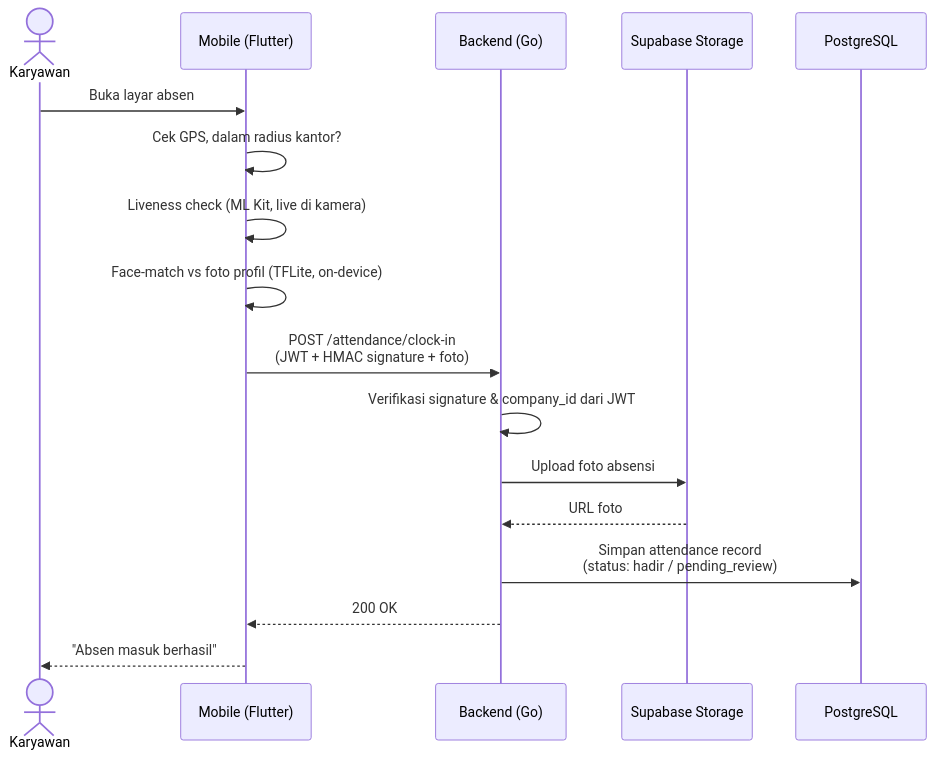
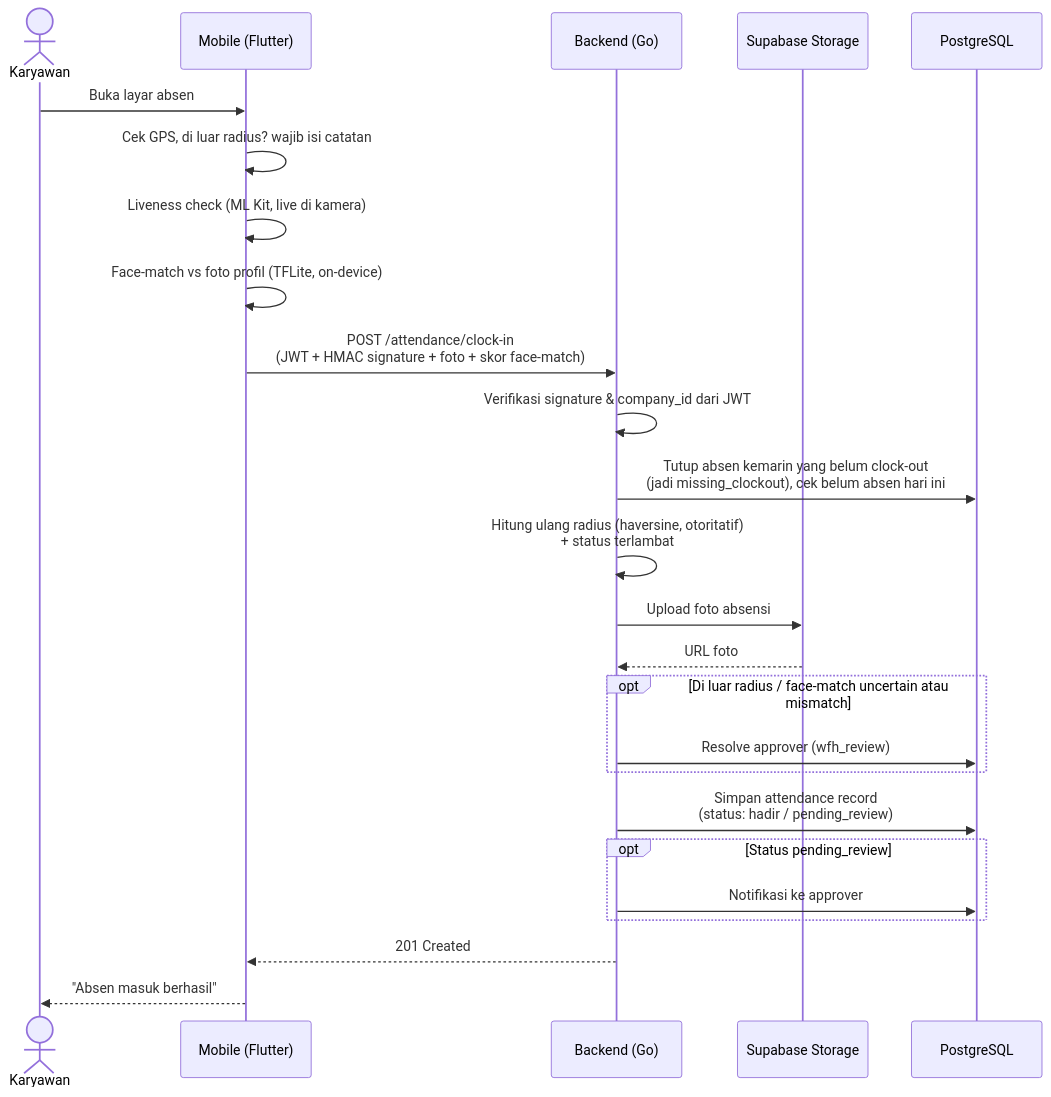
One commit to zinedine1210/talvio-mobile changed the second of 3 diagrams in README.md. Above: the diagram before and after it, drawn with Mermaid. The commit also changed other lines of this file and 14 other files, not shown here.

````diff
--- a/README.md
+++ b/README.md
@@ -90,20 +105,28 @@
 ```mermaid
 sequenceDiagram
     actor U as Karyawan
     participant M as Mobile (Flutter)
     participant B as Backend (Go)
     participant S as Supabase Storage
     participant D as PostgreSQL
 
     U->>M: Buka layar absen
-    M->>M: Cek GPS, dalam radius kantor?
+    M->>M: Cek GPS, di luar radius? wajib isi catatan
     M->>M: Liveness check (ML Kit, live di kamera)
     M->>M: Face-match vs foto profil (TFLite, on-device)
-    M->>B: POST /attendance/clock-in<br/>(JWT + HMAC signature + foto)
+    M->>B: POST /attendance/clock-in<br/>(JWT + HMAC signature + foto + skor face-match)
     B->>B: Verifikasi signature & company_id dari JWT
+    B->>D: Tutup absen kemarin yang belum clock-out<br/>(jadi missing_clockout), cek belum absen hari ini
+    B->>B: Hitung ulang radius (haversine, otoritatif)<br/>+ status terlambat
     B->>S: Upload foto absensi
     S-->>B: URL foto
+    opt Di luar radius / face-match uncertain atau mismatch
+        B->>D: Resolve approver (wfh_review)
+    end
     B->>D: Simpan attendance record<br/>(status: hadir / pending_review)
-    B-->>M: 200 OK
+    opt Status pending_review
+        B->>D: Notifikasi ke approver
+    end
+    B-->>M: 201 Created
     M-->>U: "Absen masuk berhasil"
 ```
````
